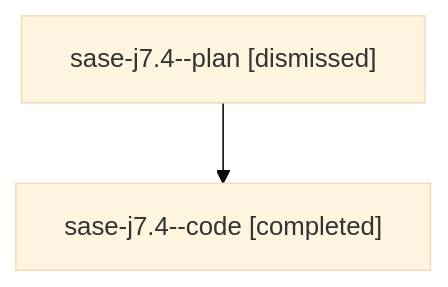
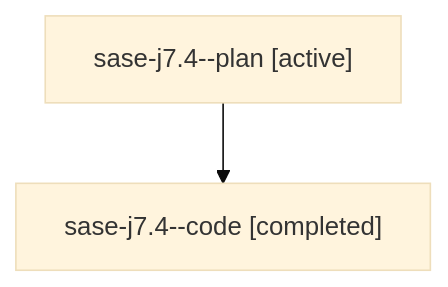
One commit to sase-org/sase--agents changed the diagram in families/bbugyi200.athena.sase-j7.4.md. Above: the diagram before and after it, drawn with Mermaid (base theme). The commit also changed other lines of this file and 35830 other files, not shown here.

````diff
--- a/families/bbugyi200.athena.sase-j7.4.md
+++ b/families/bbugyi200.athena.sase-j7.4.md
@@ -9,6 +9,6 @@
 ```mermaid
 flowchart TD
-  n0["sase-j7.4--plan [dismissed]"]
+  n0["sase-j7.4--plan [active]"]
   n1["sase-j7.4--code [completed]"]
   n0 --> n1
 ```
````
